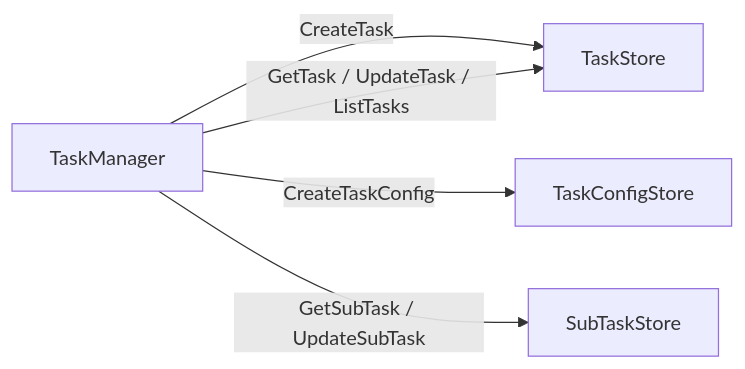
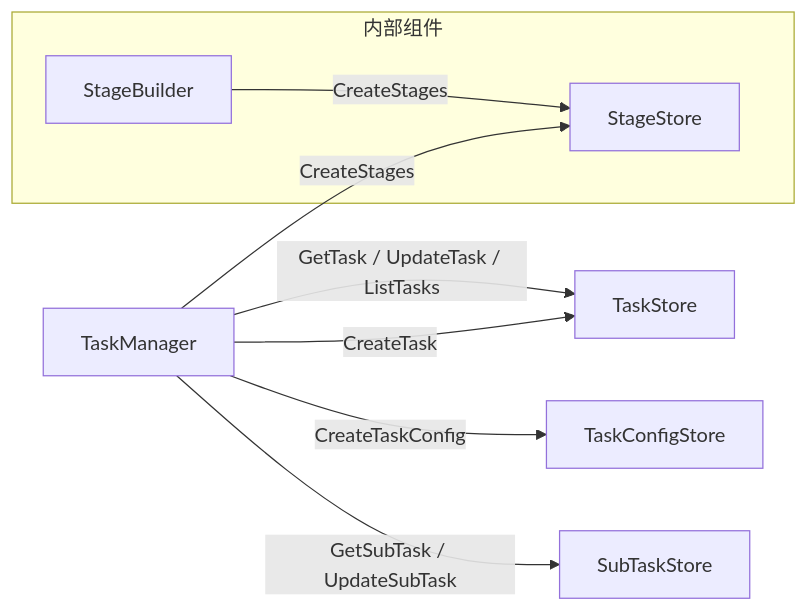
Before and after one commit to njuxumq/agent-eval-server: the second of 3 diagrams in docs/designs/details/scheduler/任务管理器设计.md, drawn with Mermaid. The commit also changed other lines of this file and 15 other files, not shown here.

````diff
--- a/docs/designs/details/scheduler/任务管理器设计.md
+++ b/docs/designs/details/scheduler/任务管理器设计.md
@@ -337,7 +467,12 @@
 ```mermaid
 flowchart LR
     TM[TaskManager] -->|"CreateTask"| TS[TaskStore]
     TM -->|"CreateTaskConfig"| TCS[TaskConfigStore]
+    TM -->|"CreateStages"| STG[StageStore]
     TM -->|"GetTask / UpdateTask / ListTasks"| TS
     TM -->|"GetSubTask / UpdateSubTask"| STS[SubTaskStore]
+    
+    subgraph 内部组件
+        SB[StageBuilder] -->|"CreateStages"| STG
+    end
 ```
````
